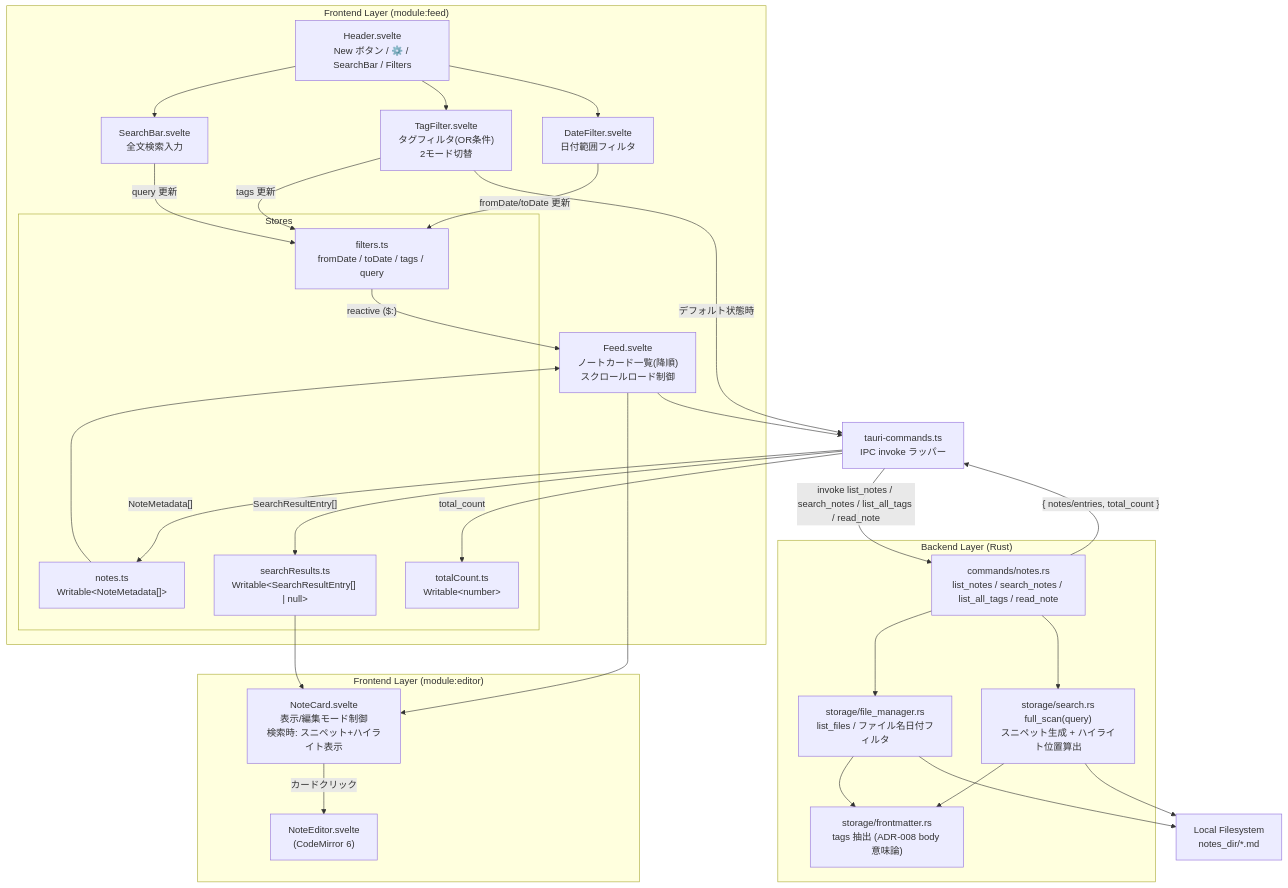
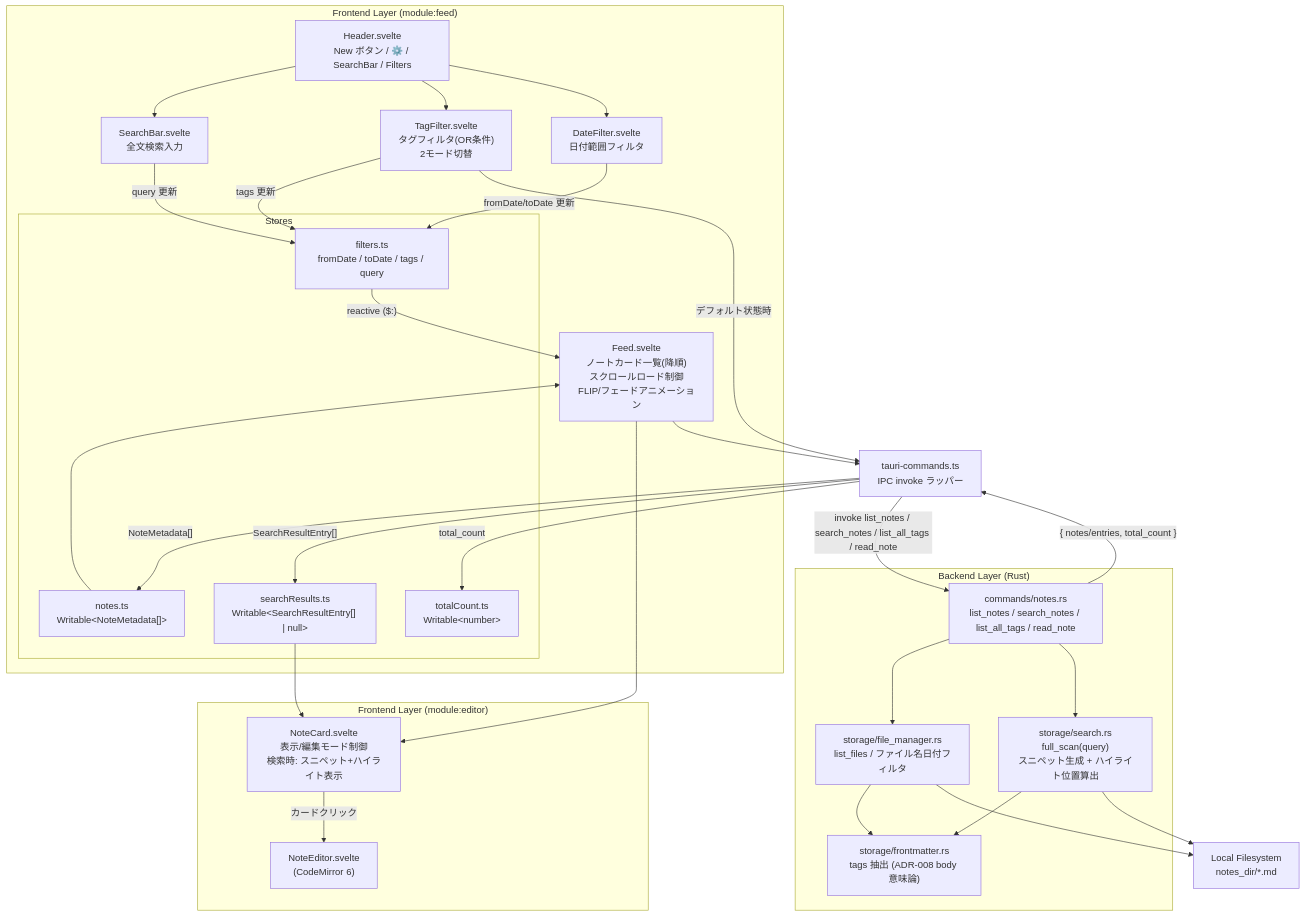
The first of 5 diagrams in docs/detailed_design/feed_search_design.md (dev-komenzar/prompt-notes), drawn with Mermaid before and after one commit. The commit also changed other lines of this file and 5 other files, not shown here.

````diff
--- a/docs/detailed_design/feed_search_design.md
+++ b/docs/detailed_design/feed_search_design.md
@@ -66,61 +67,61 @@
 ```mermaid
 graph TB
     subgraph "Frontend Layer (module:feed)"
         HD["Header.svelte<br/>New ボタン / ⚙️ / SearchBar / Filters"]
-        FD["Feed.svelte<br/>ノートカード一覧(降順)<br/>スクロールロード制御"]
+        FD["Feed.svelte<br/>ノートカード一覧(降順)<br/>スクロールロード制御<br/>FLIP/フェードアニメーション"]
         SB["SearchBar.svelte<br/>全文検索入力"]
         TF["TagFilter.svelte<br/>タグフィルタ(OR条件)<br/>2モード切替"]
         DF["DateFilter.svelte<br/>日付範囲フィルタ"]
 
         subgraph "Stores"
             NS["notes.ts<br/>Writable&lt;NoteMetadata[]&gt;"]
             FS["filters.ts<br/>fromDate / toDate / tags / query"]
             SRS["searchResults.ts<br/>Writable&lt;SearchResultEntry[] | null&gt;"]
             TC_STORE["totalCount.ts<br/>Writable&lt;number&gt;"]
         end
     end
 
     subgraph "Frontend Layer (module:editor)"
         NC["NoteCard.svelte<br/>表示/編集モード制御<br/>検索時: スニペット+ハイライト表示"]
         NE["NoteEditor.svelte<br/>(CodeMirror 6)"]
     end
 
     TC["tauri-commands.ts<br/>IPC invoke ラッパー"]
 
     subgraph "Backend Layer (Rust)"
         CMD["commands/notes.rs<br/>list_notes / search_notes / list_all_tags / read_note"]
         FMGR["storage/file_manager.rs<br/>list_files / ファイル名日付フィルタ"]
         SRCH["storage/search.rs<br/>full_scan(query)<br/>スニペット生成 + ハイライト位置算出"]
         FM["storage/frontmatter.rs<br/>tags 抽出 (ADR-008 body 意味論)"]
     end
 
     FS_DISK["Local Filesystem<br/>notes_dir/*.md"]
 
     HD --> SB
     HD --> TF
     HD --> DF
     SB -->|query 更新| FS
     TF -->|tags 更新| FS
     DF -->|fromDate/toDate 更新| FS
 
     FS -->|"reactive ($:)"| FD
     FD --> NC
     NC -->|カードクリック| NE
     NS --> FD
     SRS --> NC
 
     FD --> TC
     TF -->|"デフォルト状態時"| TC
     TC -->|"invoke list_notes / search_notes / list_all_tags / read_note"| CMD
     CMD --> FMGR
     CMD --> SRCH
     SRCH --> FM
     FMGR --> FM
     FMGR --> FS_DISK
     SRCH --> FS_DISK
 
     CMD -->|"{ notes/entries, total_count }"| TC
     TC -->|"NoteMetadata[]"| NS
     TC -->|"SearchResultEntry[]"| SRS
     TC -->|"total_count"| TC_STORE
 ```
````
